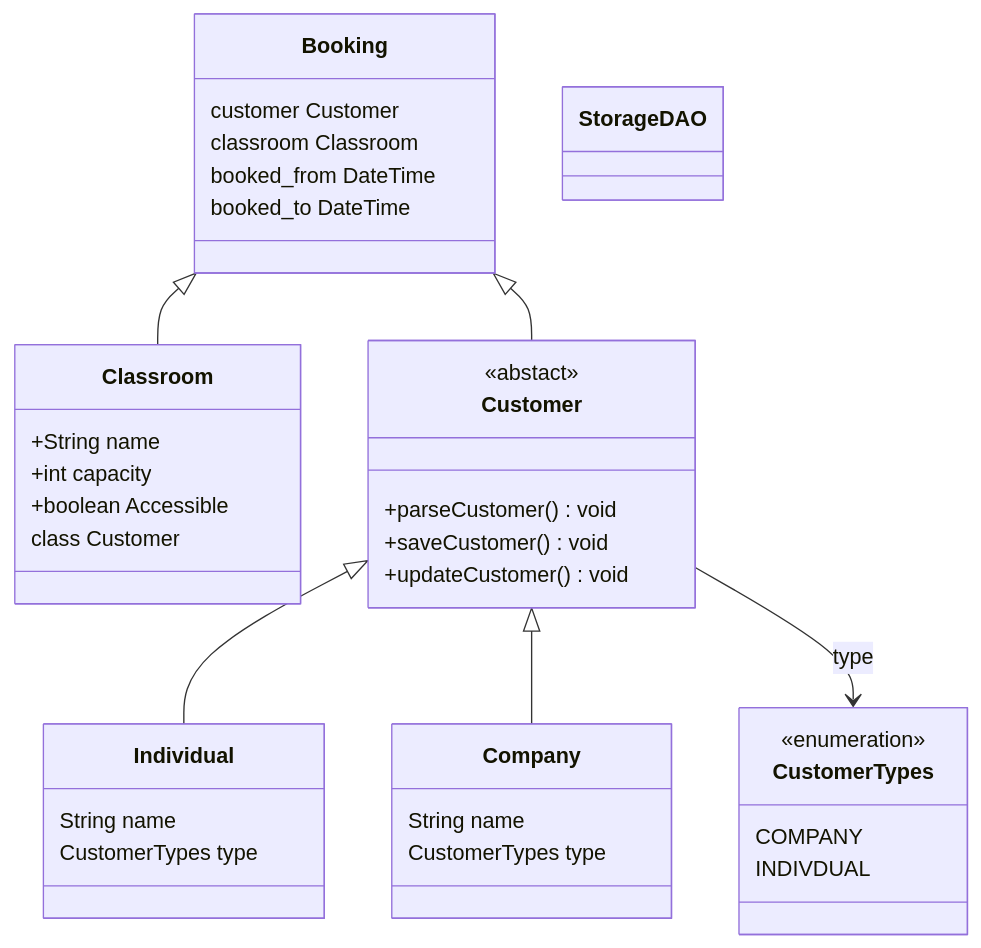
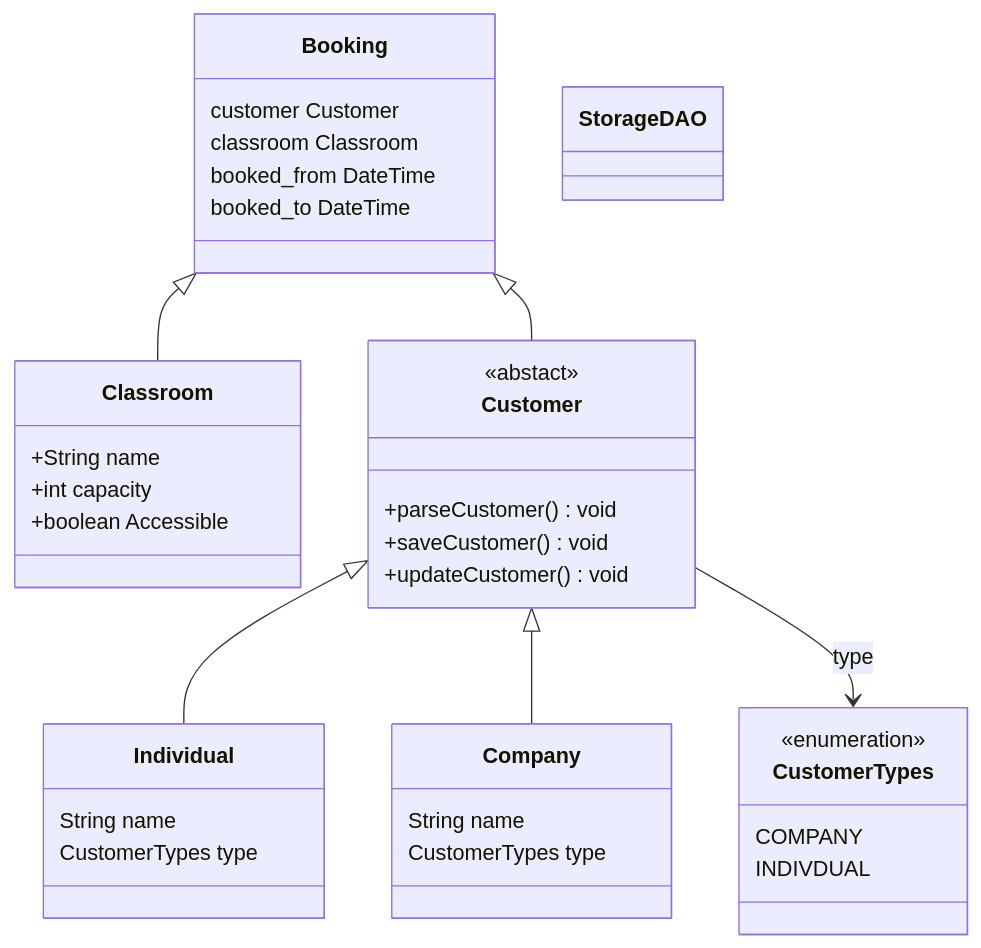
The diagram in README.md (chrisjk1120/project-test-classroom), drawn with Mermaid before and after one commit. The commit also changed 21 other files, not shown here.

````diff
--- a/README.md
+++ b/README.md
@@ -6,45 +6,45 @@
 ``` mermaid
 classDiagram
     class Classroom{
     +String name
     +int capacity
     +boolean Accessible 
-    class Customer
+    
     }
     
     class Customer {
         <<abstact>>
         +parseCustomer() void
         +saveCustomer() void
         +updateCustomer() void
         }
     class Individual{
         String name
         CustomerTypes type
       
     }
     
     class Company {
         String name
         CustomerTypes type
     }
     class Booking{
         customer Customer
         classroom Classroom
         booked_from DateTime
         booked_to   DateTime
         }
         class StorageDAO{
         
         }
     class CustomerTypes{
     <<enumeration>>
     COMPANY
     INDIVDUAL
     }
  Customer <|-- Individual
  Customer <|-- Company
  Customer --> CustomerTypes : type
  Booking <|-- Customer
  Booking <|-- Classroom
 ```
````
